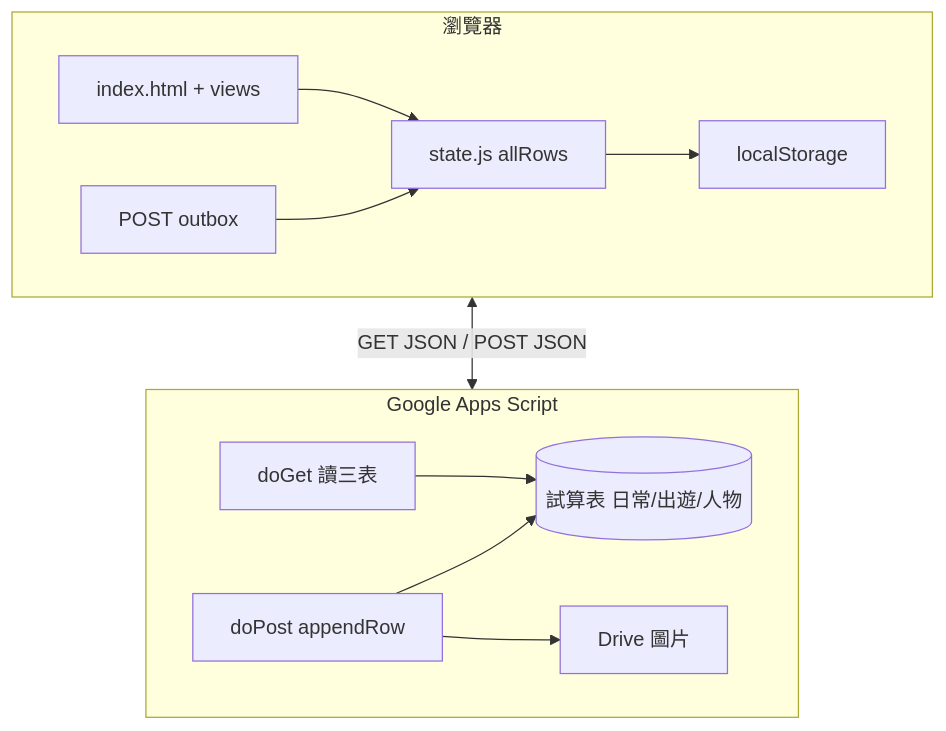
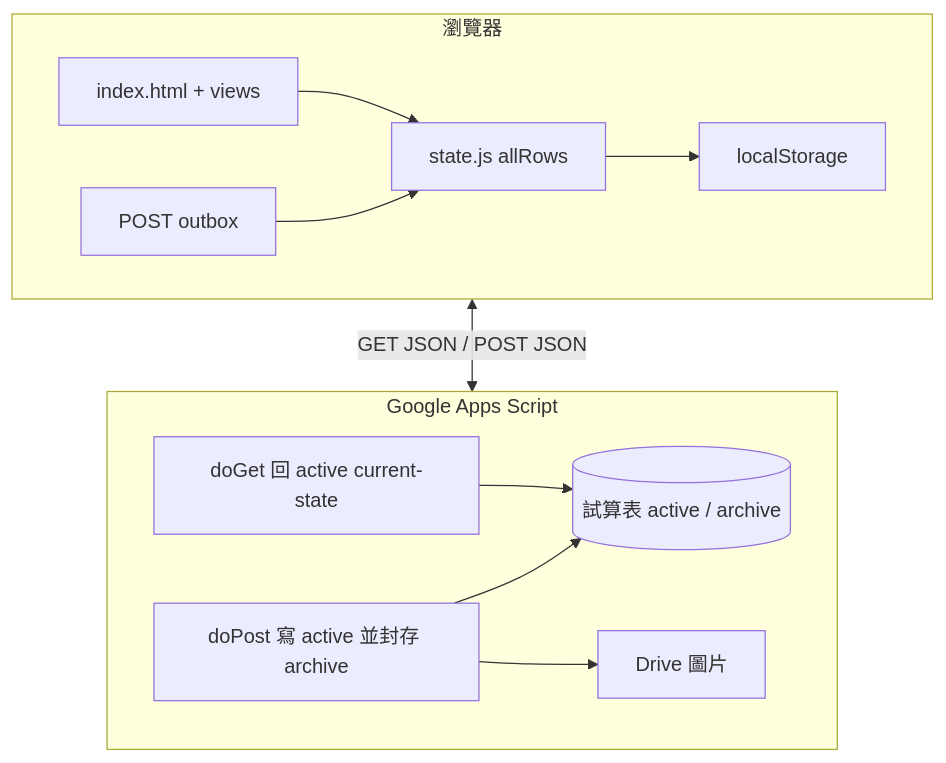
Before and after one commit to alenhu2005/hukeep-accounts: the diagram in README.md, drawn with Mermaid. The commit also changed other lines of this file and 16 other files, not shown here.

Commit message:
Refactor ledger sync to current-state archive model

````diff
--- a/README.md
+++ b/README.md
@@ -36,22 +36,22 @@
 ```mermaid
 flowchart TB
   subgraph client [瀏覽器]
     UI[index.html + views]
     State[state.js allRows]
     Cache[localStorage]
     Outbox[POST outbox]
     UI --> State
     State --> Cache
     Outbox --> State
   end
   subgraph gas [Google Apps Script]
-    doGet[doGet 讀三表]
-    doPost[doPost appendRow]
+    doGet[doGet 回 active current-state]
+    doPost[doPost 寫 active 並封存 archive]
     Drive[Drive 圖片]
     doGet --> Sheets
     doPost --> Sheets
     doPost --> Drive
   end
-  Sheets[(試算表 日常/出遊/人物)]
+  Sheets[(試算表 active / archive)]
   client <-->|GET JSON / POST JSON| gas
 ```
````
